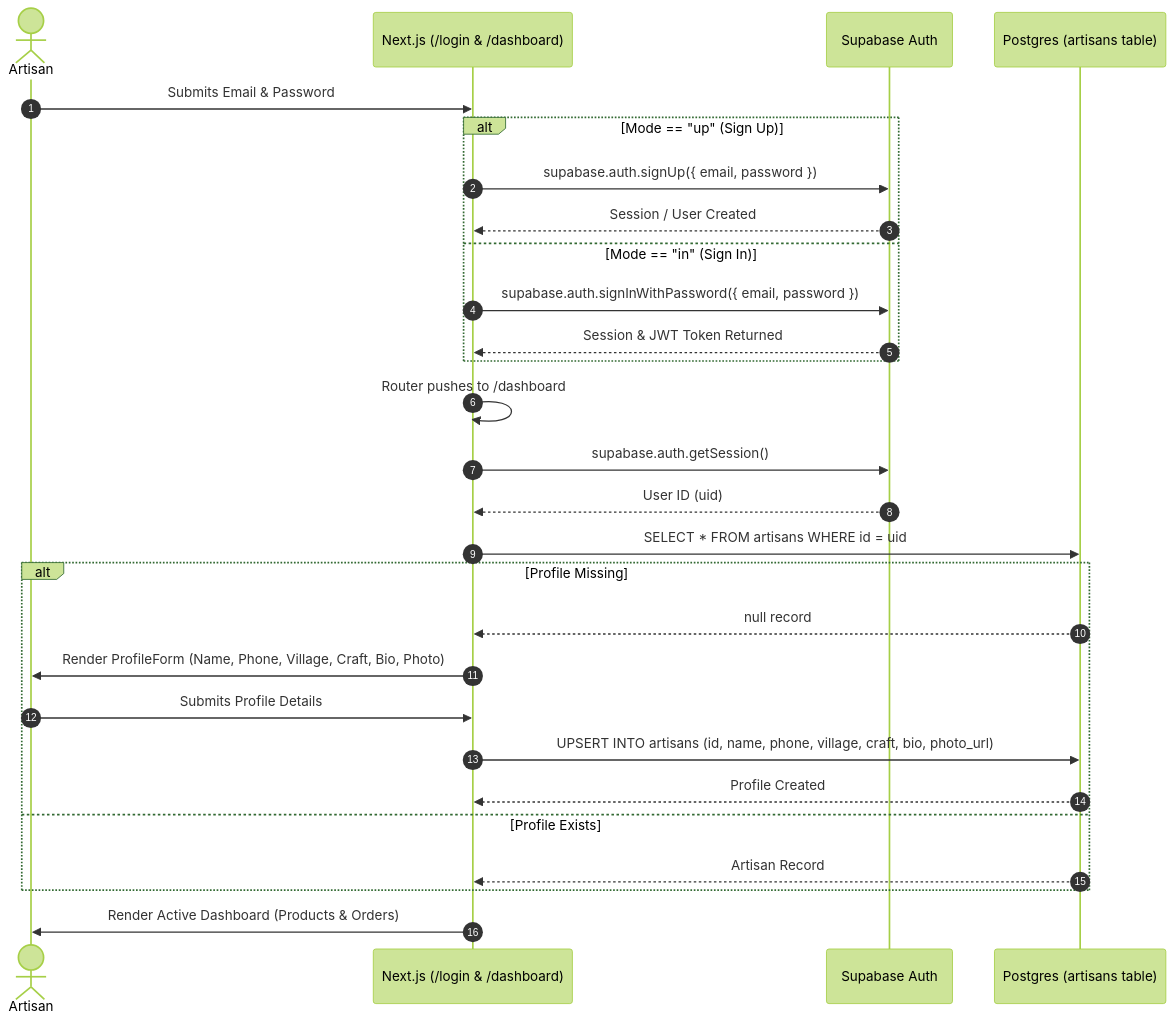
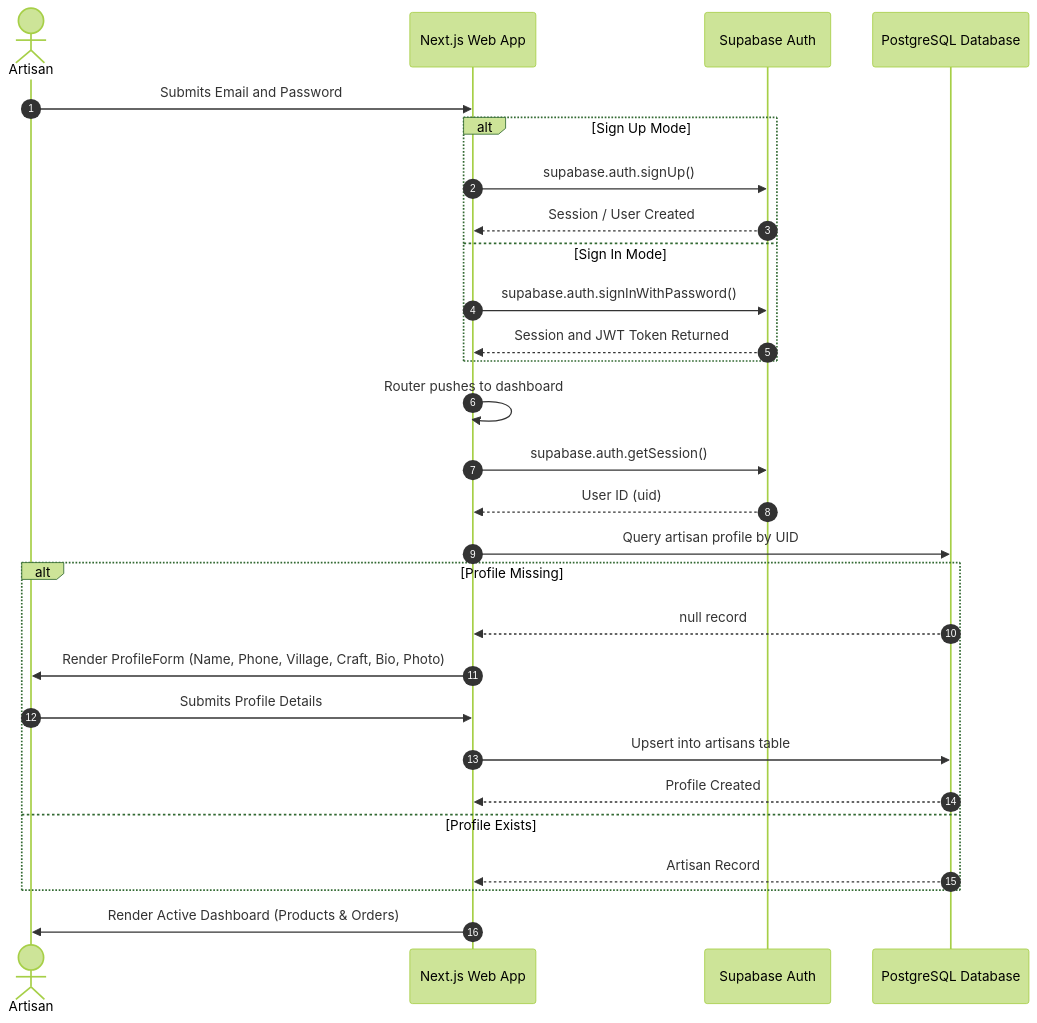
Before and after one commit to maheshwaraks13/KaustiKart: the fourth of 11 diagrams in README.md, drawn with Mermaid (forest theme). The commit also changed other lines of this file, not shown here.

Commit message:
fix: sanitize Mermaid diagram labels and syntax for GitHub renderer

````diff
--- a/README.md
+++ b/README.md
@@ -324,31 +324,31 @@
 ```mermaid
 sequenceDiagram
     autonumber
     actor Artisan as Artisan
-    participant App as Next.js (/login & /dashboard)
+    participant App as Next.js Web App
     participant Auth as Supabase Auth
-    participant DB as Postgres (artisans table)
+    participant DB as PostgreSQL Database
 
-    Artisan->>App: Submits Email & Password
-    alt Mode == "up" (Sign Up)
-        App->>Auth: supabase.auth.signUp({ email, password })
+    Artisan->>App: Submits Email and Password
+    alt Sign Up Mode
+        App->>Auth: supabase.auth.signUp()
         Auth-->>App: Session / User Created
-    else Mode == "in" (Sign In)
-        App->>Auth: supabase.auth.signInWithPassword({ email, password })
-        Auth-->>App: Session & JWT Token Returned
+    else Sign In Mode
+        App->>Auth: supabase.auth.signInWithPassword()
+        Auth-->>App: Session and JWT Token Returned
     end
-    App->>App: Router pushes to /dashboard
+    App->>App: Router pushes to dashboard
     App->>Auth: supabase.auth.getSession()
     Auth-->>App: User ID (uid)
-    App->>DB: SELECT * FROM artisans WHERE id = uid
+    App->>DB: Query artisan profile by UID
     alt Profile Missing
         DB-->>App: null record
         App->>Artisan: Render ProfileForm (Name, Phone, Village, Craft, Bio, Photo)
         Artisan->>App: Submits Profile Details
-        App->>DB: UPSERT INTO artisans (id, name, phone, village, craft, bio, photo_url)
+        App->>DB: Upsert into artisans table
         DB-->>App: Profile Created
     else Profile Exists
         DB-->>App: Artisan Record
     end
     App->>Artisan: Render Active Dashboard (Products & Orders)
 ```
````
